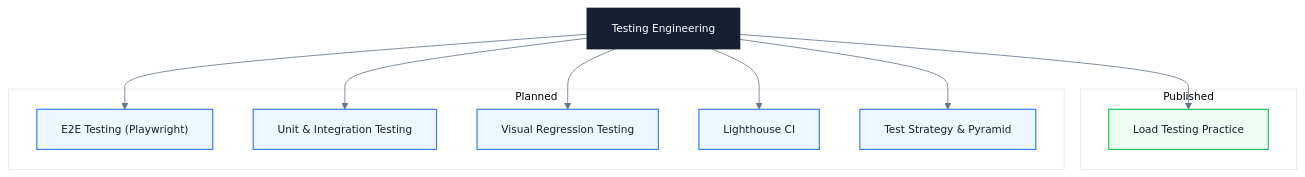
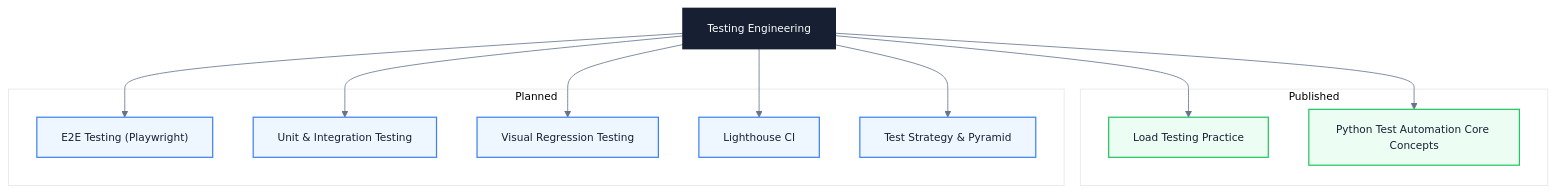
The diagram in docs/en/testing/index.md (Fatejian/frontier-vault), drawn with Mermaid before and after one commit. The commit also changed other lines of this file and 4 other files, not shown here.

First line of the commit message:
feat(testing): add Python automation testing core concepts article

````diff
--- a/docs/en/testing/index.md
+++ b/docs/en/testing/index.md
@@ -19,32 +19,34 @@
 ```mermaid
 %%{init: {'theme': 'base', 'themeVariables': {'fontFamily': 'Inter, PingFang SC, Microsoft YaHei, sans-serif', 'primaryColor': '#F8FAFC', 'primaryTextColor': '#172033', 'primaryBorderColor': '#CBD5E1', 'lineColor': '#64748B', 'fontSize': '13px'}}}%%
 flowchart TB
     core["Testing Engineering"]
 
     subgraph published["Published"]
         work1["Load Testing Practice"]
+        work2["Python Test Automation Core Concepts"]
     end
 
     subgraph planned["Planned"]
         wait1["E2E Testing (Playwright)"]
         wait2["Unit & Integration Testing"]
         wait3["Visual Regression Testing"]
         wait4["Lighthouse CI"]
         wait5["Test Strategy & Pyramid"]
     end
 
     core --> work1
+    core --> work2
     core --> wait1
     core --> wait2
     core --> wait3
     core --> wait4
     core --> wait5
 
     classDef core fill:#172033,color:#fff,stroke:#172033,stroke-width:2px
     classDef work fill:#ECFDF3,stroke:#22C55E,color:#172033,stroke-width:1.5px
     classDef wait fill:#EEF6FF,stroke:#3B82F6,color:#172033,stroke-width:1.5px
 
     class core core
-    class work1 work
+    class work1,work2 work
     class wait1,wait2,wait3,wait4,wait5 wait
 ```
````
